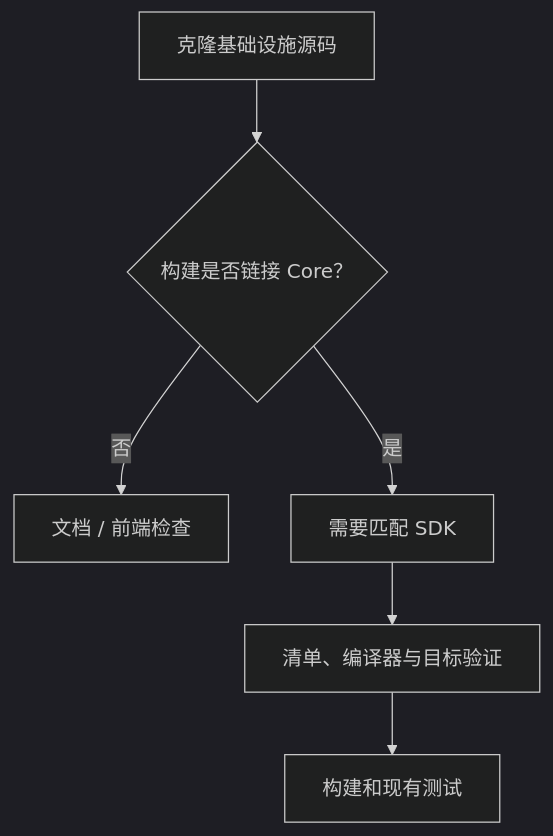
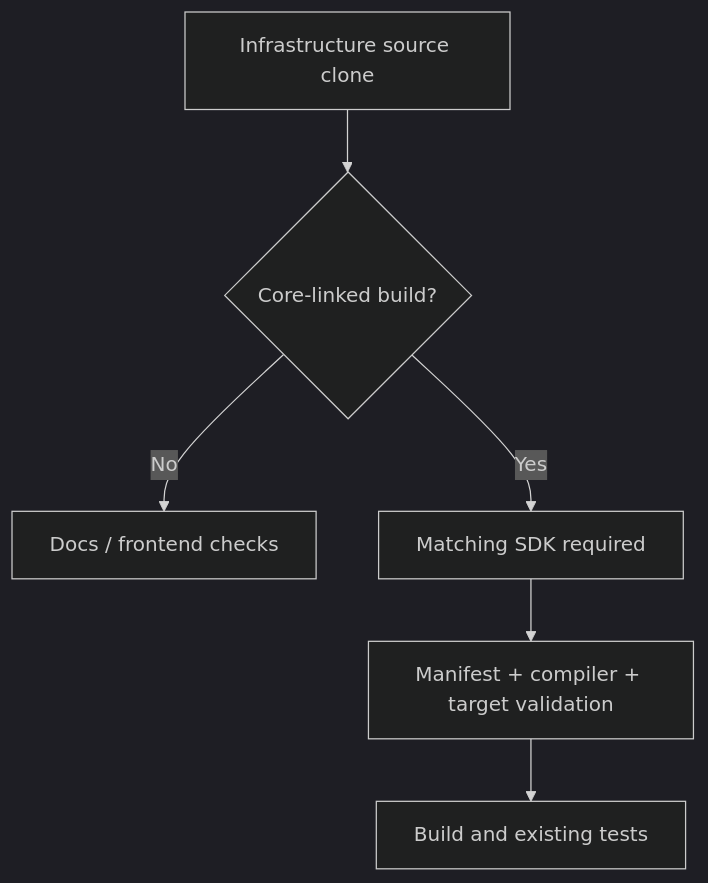
The diagram in docs/zh/development.md (risense-ai/respire-docs), drawn with Mermaid (dark theme) before and after one commit. The commit also changed other lines of this file and 117 other files, not shown here.

````diff
--- a/docs/zh/development.md
+++ b/docs/zh/development.md
@@ -5,8 +5,8 @@
 ```mermaid
 flowchart TD
-  Source["克隆基础设施源码"] --> Need{"构建是否链接 Core？"}
-  Need -->|否| Docs["文档 / 前端检查"]
-  Need -->|是| SDK["需要匹配 SDK"]
-  SDK --> Verify["清单、编译器与目标验证"]
-  Verify --> Build["构建和现有测试"]
+  Source["Infrastructure source clone"] --> Need{"Core-linked build?"}
+  Need -->|No| Docs["Docs / frontend checks"]
+  Need -->|Yes| SDK["Matching SDK required"]
+  SDK --> Verify["Manifest + compiler + target validation"]
+  Verify --> Build["Build and existing tests"]
 ```
````
